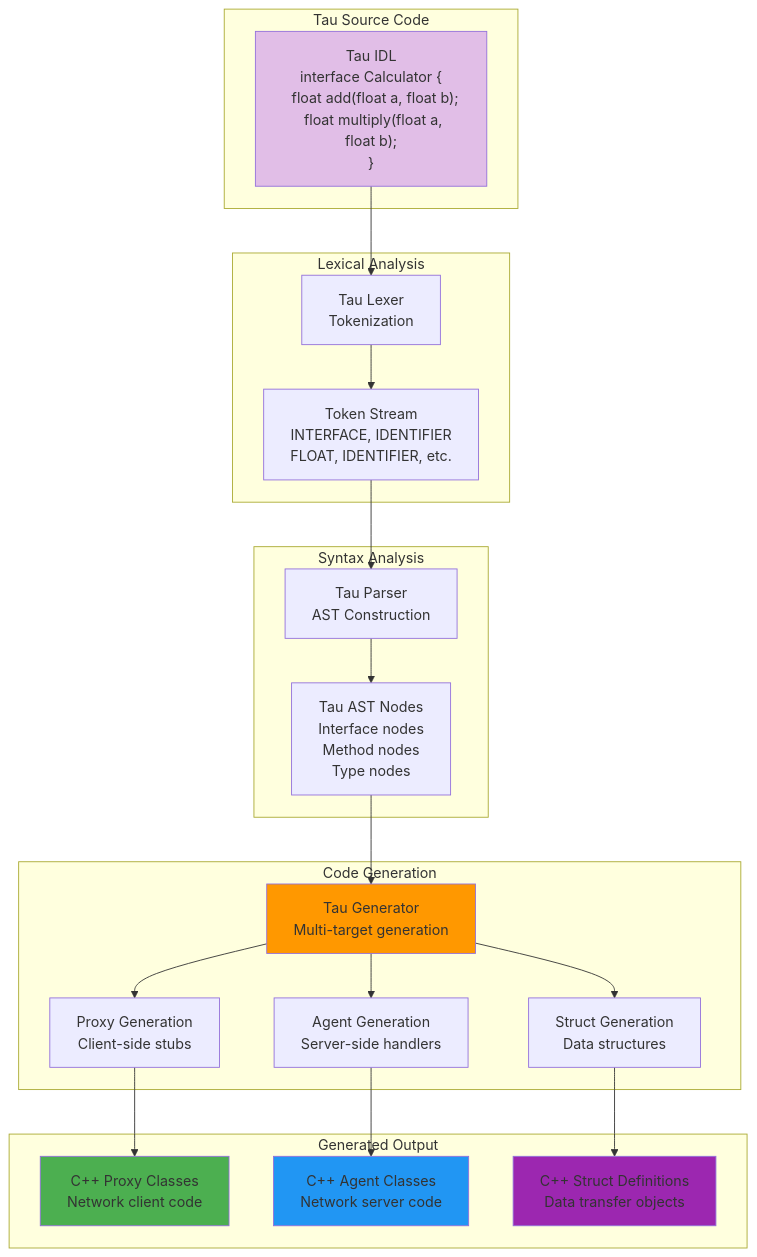
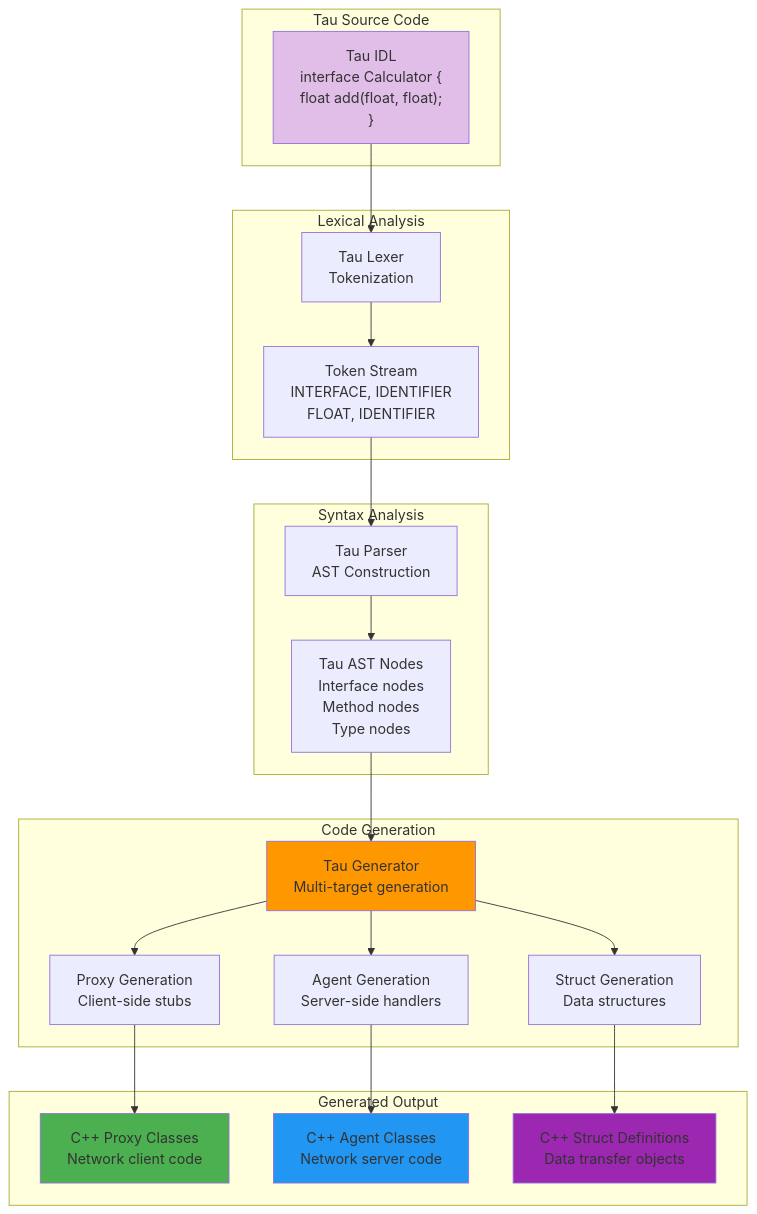
Before and after one commit to cschladetsch/CppKAI: the first of 2 diagrams in Include/KAI/Language/Tau/README.md, drawn with Mermaid. The commit also changed 2 other files, not shown here.

Commit message:
Simplify Mermaid diagram content to fix parsing errors
Resolved Mermaid parsing issues by simplifying complex multi-line content:
- Reduced verbose node labels to essential information
- Removed problematic special characters and complex formatting
- Maintained diagram clarity while ensuring GitHub compatibility
- Fixed parsing errors in Pi, Rho, and Tau language architecture diagrams

🤖 Generated with [Claude Code](https://claude.ai/code)

````diff
--- a/Include/KAI/Language/Tau/README.md
+++ b/Include/KAI/Language/Tau/README.md
@@ -9,47 +9,47 @@
 ```mermaid
 graph TB
     subgraph "Tau Source Code"
-        SRC["Tau IDL<br/>interface Calculator {<br/>  float add(float a, float b);<br/>  float multiply(float a, float b);<br/>}"]
+        SRC["Tau IDL<br/>interface Calculator {<br/>  float add(float, float);<br/>}"]
     end
     
     subgraph "Lexical Analysis"
         LEX["Tau Lexer<br/>Tokenization"]
-        TOKENS["Token Stream<br/>INTERFACE, IDENTIFIER<br/>FLOAT, IDENTIFIER, etc."]
+        TOKENS["Token Stream<br/>INTERFACE, IDENTIFIER<br/>FLOAT, IDENTIFIER"]
     end
     
     subgraph "Syntax Analysis"
         PAR["Tau Parser<br/>AST Construction"]
         AST["Tau AST Nodes<br/>Interface nodes<br/>Method nodes<br/>Type nodes"]
     end
     
     subgraph "Code Generation"
         GEN["Tau Generator<br/>Multi-target generation"]
         PROXY["Proxy Generation<br/>Client-side stubs"]
         AGENT["Agent Generation<br/>Server-side handlers"]
         STRUCT["Struct Generation<br/>Data structures"]
     end
     
     subgraph "Generated Output"
         CPP_PROXY["C++ Proxy Classes<br/>Network client code"]
         CPP_AGENT["C++ Agent Classes<br/>Network server code"]  
         CPP_STRUCT["C++ Struct Definitions<br/>Data transfer objects"]
     end
     
     SRC --> LEX
     LEX --> TOKENS
     TOKENS --> PAR
     PAR --> AST
     AST --> GEN
     GEN --> PROXY
     GEN --> AGENT
     GEN --> STRUCT
     PROXY --> CPP_PROXY
     AGENT --> CPP_AGENT
     STRUCT --> CPP_STRUCT
     
     style SRC fill:#e1bee7
     style GEN fill:#ff9800
     style CPP_PROXY fill:#4caf50
     style CPP_AGENT fill:#2196f3
     style CPP_STRUCT fill:#9c27b0
 ```
````
